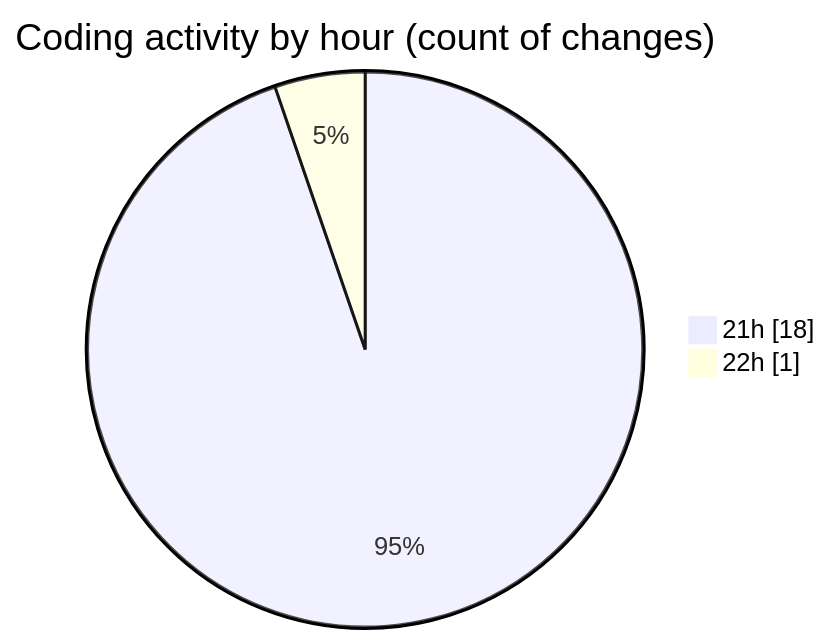
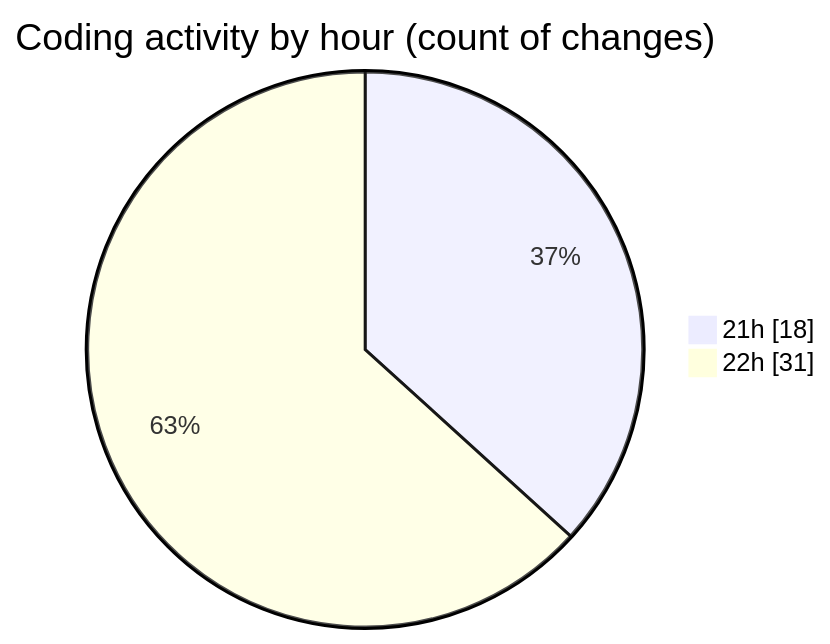
One commit to Ritupan-Deka/code-tracking changed the second of 2 diagrams in 2025-12-27/rust/README.md. Above: the diagram before and after it, drawn with Mermaid. The commit also changed other lines of this file and 1 other file, not shown here.

````diff
--- a/2025-12-27/rust/README.md
+++ b/2025-12-27/rust/README.md
@@ -28,6 +28,6 @@
 ```mermaid
 pie showData
 title Coding activity by hour (count of changes)
 "21h" : 18
-"22h" : 1
+"22h" : 31
 ```
````
